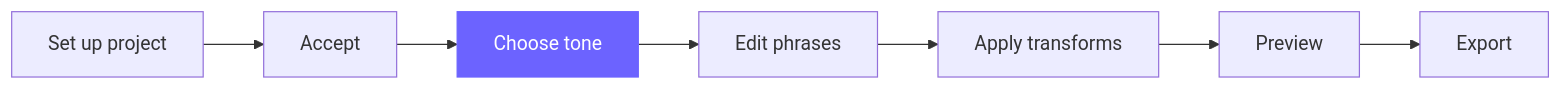
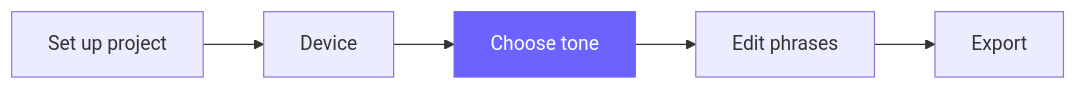
The third of 5 diagrams in docs/guide/_journey-map.md (liquid-releasing/funscriptforge), drawn with Mermaid before and after one commit. The commit also changed other lines of this file and 3 other files, not shown here.

First line of the commit message:
docs: update user guide, architecture, journey map, backlog

````diff
--- a/docs/guide/_journey-map.md
+++ b/docs/guide/_journey-map.md
@@ -45,10 +40,8 @@
 ```mermaid
 flowchart LR
-    A[Set up project] --> B[Accept]
+    A[Set up project] --> B[Device]
     B --> C[Choose tone]:::here
     C --> D[Edit phrases]
-    D --> E[Apply transforms]
-    E --> F[Preview]
-    F --> G[Export]
+    D --> E[Export]
     classDef here fill:#6c63ff,color:#fff,stroke:#6c63ff
 ```
````
